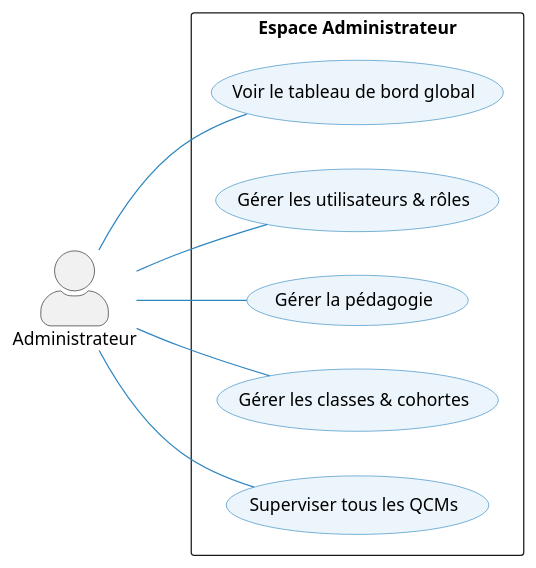
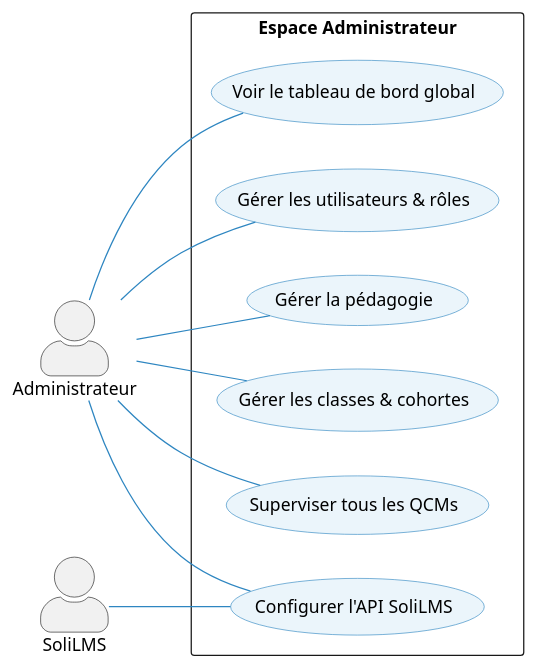
The diagram in Analyse/cas-utilisation/par-acteur/cas-utilisation-administrateur.puml (BENYEKHLEF-Anouar/SoliQuiz), drawn with PlantUML before and after one commit.

Commit message:
docs: refactor docs

```diff
--- a/Analyse/cas-utilisation/par-acteur/cas-utilisation-administrateur.puml
+++ b/Analyse/cas-utilisation/par-acteur/cas-utilisation-administrateur.puml
@@ -1,26 +1,31 @@
 @startuml
 skinparam actorStyle awesome
 left to right direction
 skinparam packageStyle rectangle
 skinparam usecase {
     BackgroundColor #EBF5FB
     BorderColor #2E86C1
     ArrowColor #2E86C1
 }
 
 actor "Administrateur" as A
+actor "SoliLMS" as LMS
 
 package "Espace Administrateur" {
     usecase "Voir le tableau de bord global" as UC_DASH
     usecase "Gérer les utilisateurs & rôles" as UC_ROLES
     usecase "Gérer la pédagogie" as UC_PEDA
     usecase "Gérer les classes & cohortes" as UC_CLASS
     usecase "Superviser tous les QCMs" as UC_QCMS
+    usecase "Configurer l'API SoliLMS" as UC_CONF
 
     A -- UC_DASH
     A -- UC_ROLES
     A -- UC_PEDA
     A -- UC_CLASS
     A -- UC_QCMS
+    A -- UC_CONF
+
+    LMS -- UC_CONF
 }
 @enduml
```
